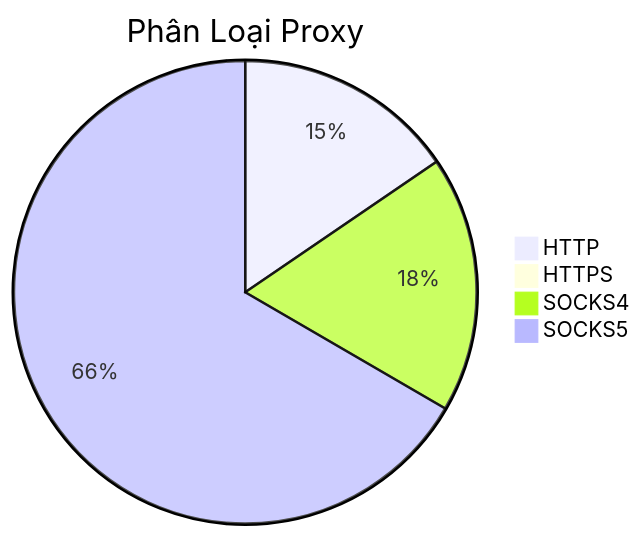
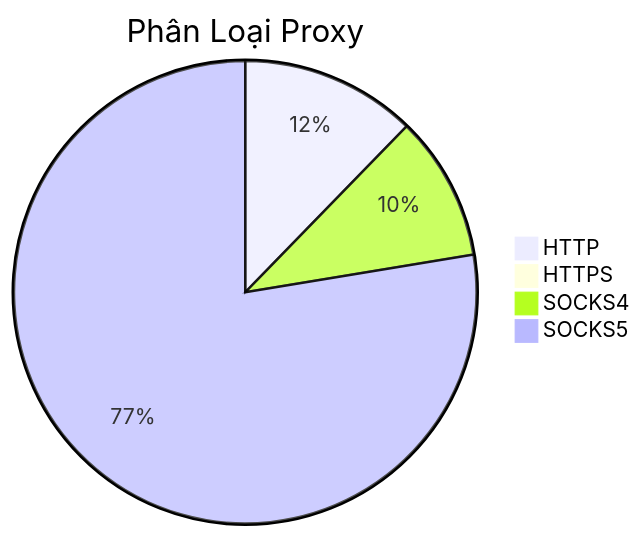
One commit to Ciara-Aa/PROXY-free changed the diagram in README.md. Above: the diagram before and after it, drawn with Mermaid. The commit also changed other lines of this file and 4 other files, not shown here.

````diff
--- a/README.md
+++ b/README.md
@@ -26,7 +26,7 @@
 ```mermaid
 pie title Phân Loại Proxy
-    "HTTP" : 316
-    "HTTPS" : 11
-    "SOCKS4" : 366
-    "SOCKS5" : 1361
+    "HTTP" : 421
+    "HTTPS" : 12
+    "SOCKS4" : 347
+    "SOCKS5" : 2661
 ```
````
